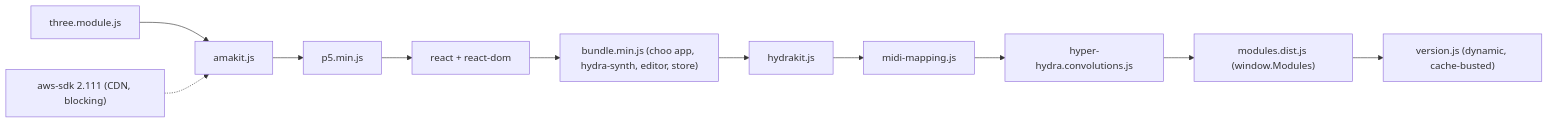
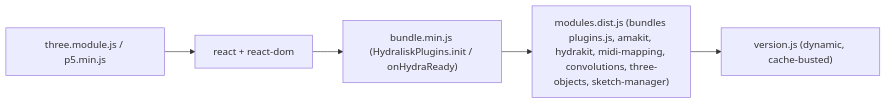
Before and after one commit to delanni/hydralisk: the diagram in DEVELOPER_HANDBOOK.md, drawn with Mermaid. The commit also changed other lines of this file and 17 other files, not shown here.

Commit message:
Refactor extension loading into unified Hydralisk Plugin System in modules/

````diff
--- a/DEVELOPER_HANDBOOK.md
+++ b/DEVELOPER_HANDBOOK.md
@@ -83,8 +84,7 @@
 ```mermaid
 flowchart LR
-  A["three.module.js"] --> B["amakit.js"] --> C["p5.min.js"] --> D["react + react-dom"]
-  D --> E["bundle.min.js (choo app, hydra-synth, editor, store)"]
-  E --> F["hydrakit.js"] --> G["midi-mapping.js"] --> H["hyper-hydra.convolutions.js"] --> I["modules.dist.js (window.Modules)"]
-  I --> J["version.js (dynamic, cache-busted)"]
-  K["aws-sdk 2.111 (CDN, blocking)"] -.-> B
+  A["three.module.js / p5.min.js"] --> B["react + react-dom"]
+  B --> C["bundle.min.js (HydraliskPlugins.init / onHydraReady)"]
+  C --> D["modules.dist.js (bundles plugins.js, amakit, hydrakit, midi-mapping, convolutions, three-objects, sketch-manager)"]
+  D --> E["version.js (dynamic, cache-busted)"]
 ```
````
